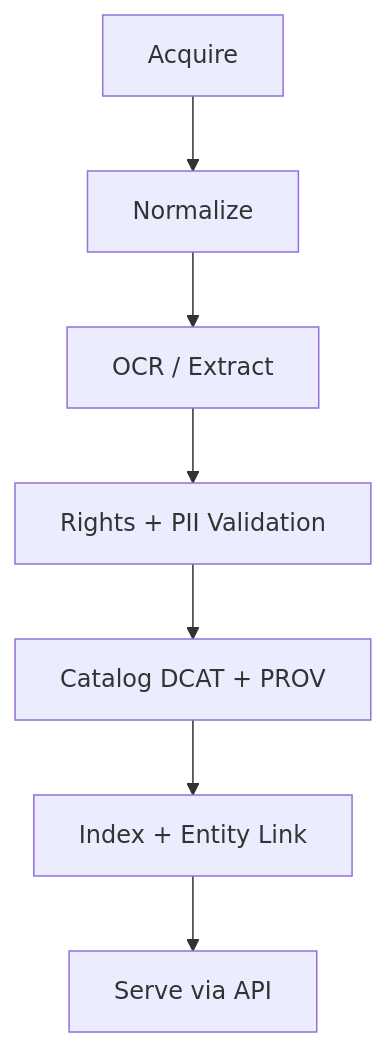
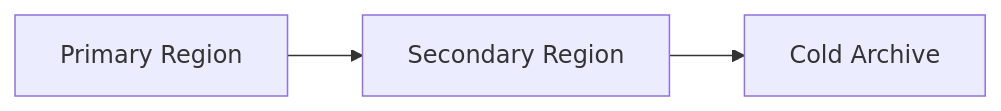
One commit to bartytime4life/Kansas-Frontier-Matrix changed the second of 2 diagrams in README.md. Above: the diagram before and after it, drawn with Mermaid. The commit also changed other lines of this file, not shown here.

````diff
--- a/README.md
+++ b/README.md
@@ -236,9 +402,5 @@
 ```mermaid
-flowchart TD
-  A[Acquire] --> B[Normalize]
-  B --> C[OCR / Extract]
-  C --> D[Rights + PII Validation]
-  D --> E[Catalog DCAT + PROV]
-  E --> F[Index + Entity Link]
-  F --> G[Serve via API]
+flowchart LR
+  A[Primary Region] --> B[Secondary Region]
+  B --> C[Cold Archive]
 ```
````
